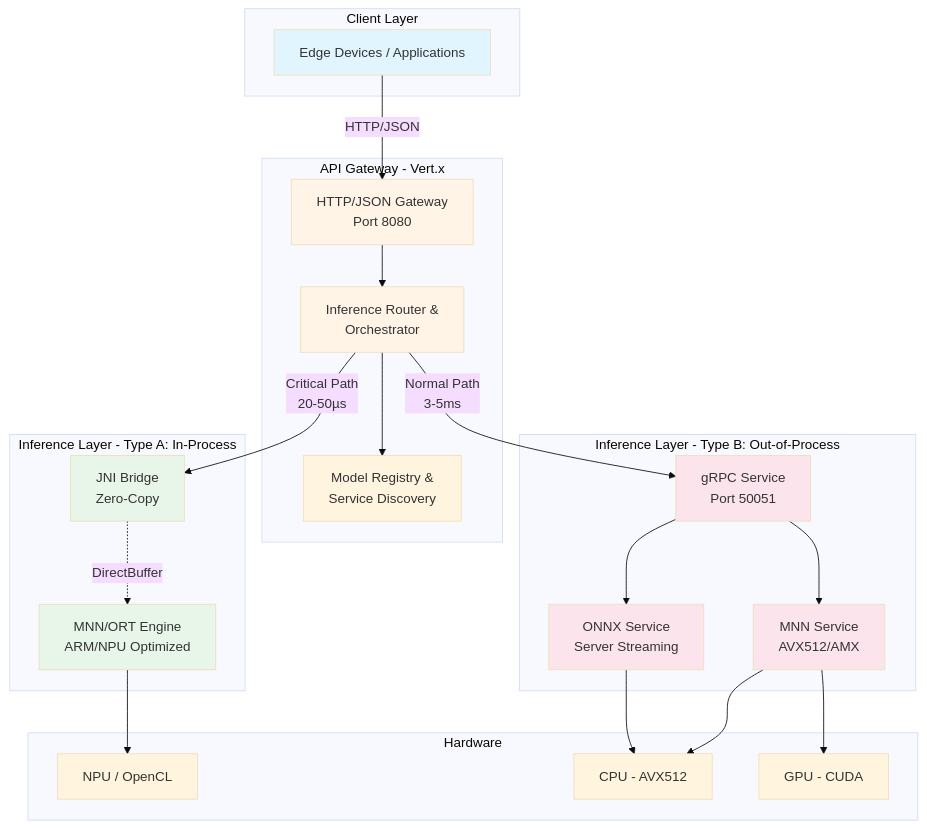
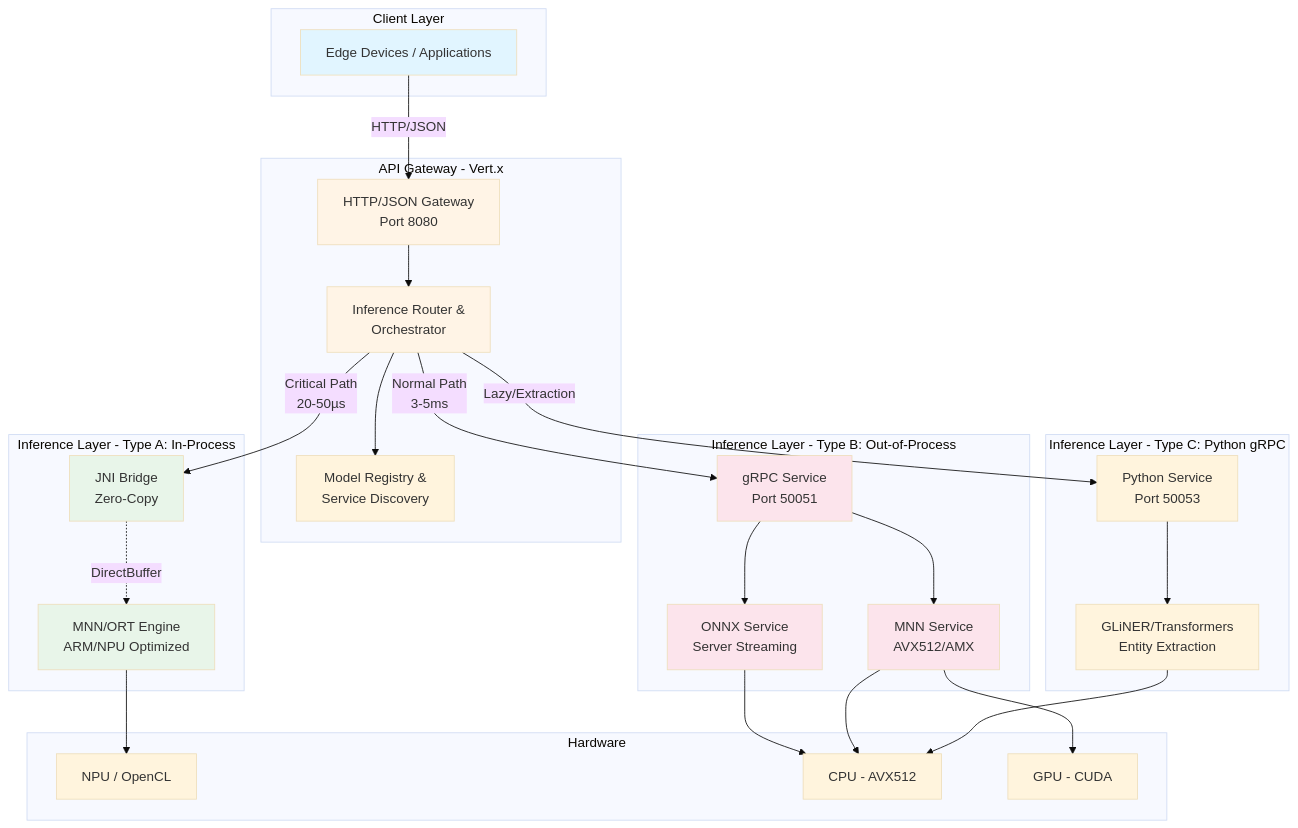
Before and after one commit to NickZt/FogAi: the first of 5 diagrams in README.md, drawn with Mermaid (base theme). The commit also changed other lines of this file and 3 other files, not shown here.

Commit message:
feat(inference): introduce Multi-Queue isolation, dynamic Heartbeat routing, and Multi-Model Python Type C node

````diff
--- a/README.md
+++ b/README.md
@@ -24,53 +24,62 @@
 ```mermaid
 graph TB
     subgraph "Client Layer"
         Client[Edge Devices / Applications]
     end
     
     subgraph "API Gateway - Vert.x"
         Gateway[HTTP/JSON Gateway<br/>Port 8080]
         Router[Inference Router &<br/>Orchestrator]
         Registry[Model Registry &<br/>Service Discovery]
     end
     
     subgraph "Inference Layer - Type A: In-Process"
         JNI[JNI Bridge<br/>Zero-Copy]
         LocalEngine[MNN/ORT Engine<br/>ARM/NPU Optimized]
     end
     
     subgraph "Inference Layer - Type B: Out-of-Process"
         GRPC[gRPC Service<br/>Port 50051]
         ONNXService[ONNX Service<br/>Server Streaming]
         MNNService[MNN Service<br/>AVX512/AMX]
     end
     
+    subgraph "Inference Layer - Type C: Python gRPC"
+        PyGRPC[Python Service<br/>Port 50053]
+        GLiNERService[GLiNER/Transformers<br/>Entity Extraction]
+    end
+    
     subgraph "Hardware"
         NPU[NPU / OpenCL]
         CPU[CPU - AVX512]
         GPU[GPU - CUDA]
     end
     
     Client -->|HTTP/JSON| Gateway
     Gateway --> Router
     Router --> Registry
     
     Router -->|Critical Path<br/>20-50µs| JNI
     JNI -.->|DirectBuffer| LocalEngine
     LocalEngine --> NPU
     
     Router -->|Normal Path<br/>3-5ms| GRPC
+    Router -->|Lazy/Extraction| PyGRPC
+    
     GRPC --> ONNXService
     GRPC --> MNNService
+    PyGRPC --> GLiNERService
     ONNXService --> CPU
     MNNService --> CPU
     MNNService --> GPU
+    GLiNERService --> CPU
     
     style Client fill:#e1f5ff
     style Gateway fill:#fff4e6
     style Router fill:#fff4e6
     style JNI fill:#e8f5e9
     style LocalEngine fill:#e8f5e9
     style GRPC fill:#fce4ec
     style ONNXService fill:#fce4ec
     style MNNService fill:#fce4ec
 ```
````
